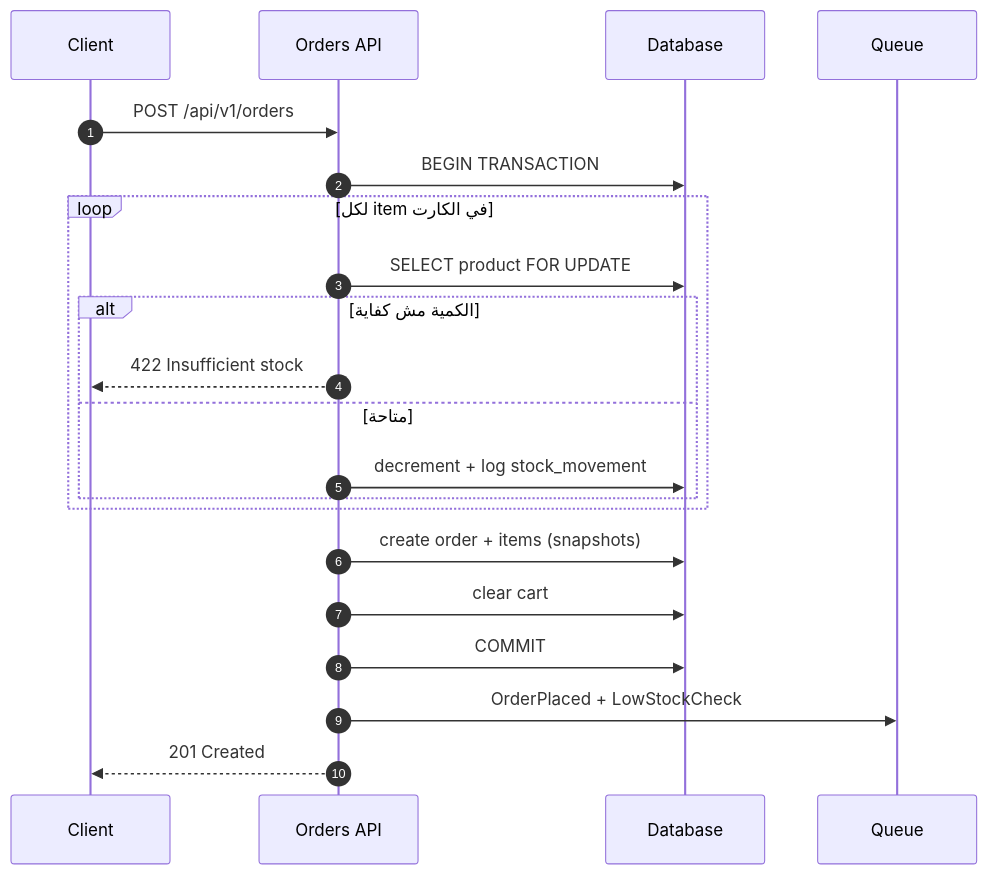
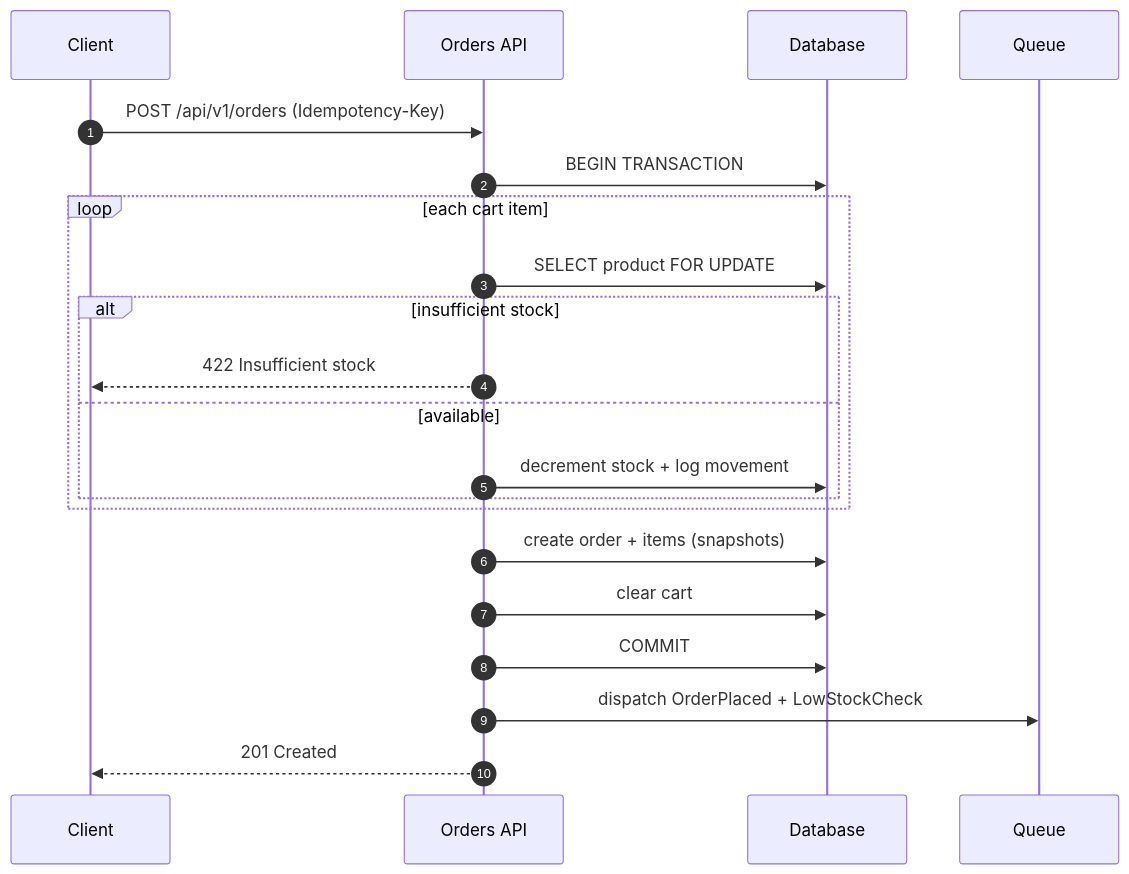
The second of 2 diagrams in README.md (Ahmedibrahim1998/ecommerce-api), drawn with Mermaid before and after one commit. The commit also changed other lines of this file and 6 other files, not shown here.

Commit message:
docs: add full engineering documentation set (requirements, architecture, data model, API, inventory, plan)

````diff
--- a/README.md
+++ b/README.md
@@ -173,23 +201,23 @@
 ```mermaid
 sequenceDiagram
     autonumber
     participant C as Client
     participant API as Orders API
     participant DB as Database
     participant Q as Queue
-    C->>API: POST /api/v1/orders
+    C->>API: POST /api/v1/orders (Idempotency-Key)
     API->>DB: BEGIN TRANSACTION
-    loop لكل item في الكارت
+    loop each cart item
         API->>DB: SELECT product FOR UPDATE
-        alt الكمية مش كفاية
+        alt insufficient stock
             API-->>C: 422 Insufficient stock
-        else متاحة
-            API->>DB: decrement + log stock_movement
+        else available
+            API->>DB: decrement stock + log movement
         end
     end
     API->>DB: create order + items (snapshots)
     API->>DB: clear cart
     API->>DB: COMMIT
-    API->>Q: OrderPlaced + LowStockCheck
+    API->>Q: dispatch OrderPlaced + LowStockCheck
     API-->>C: 201 Created
 ```
````
